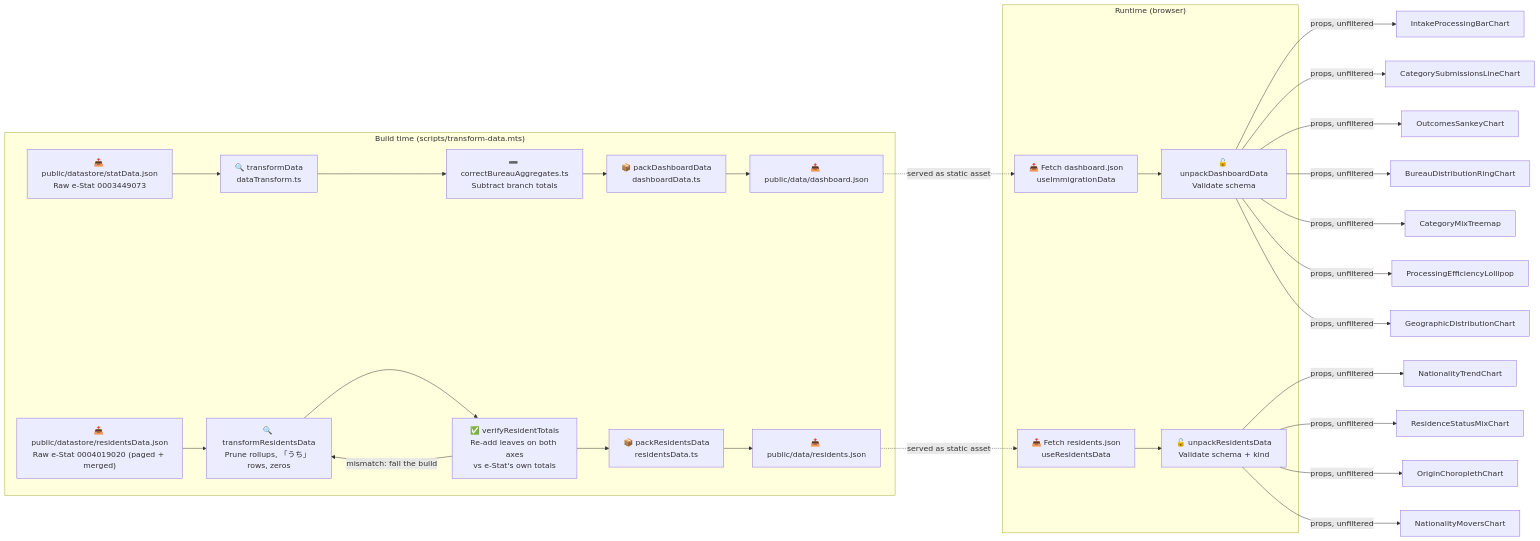
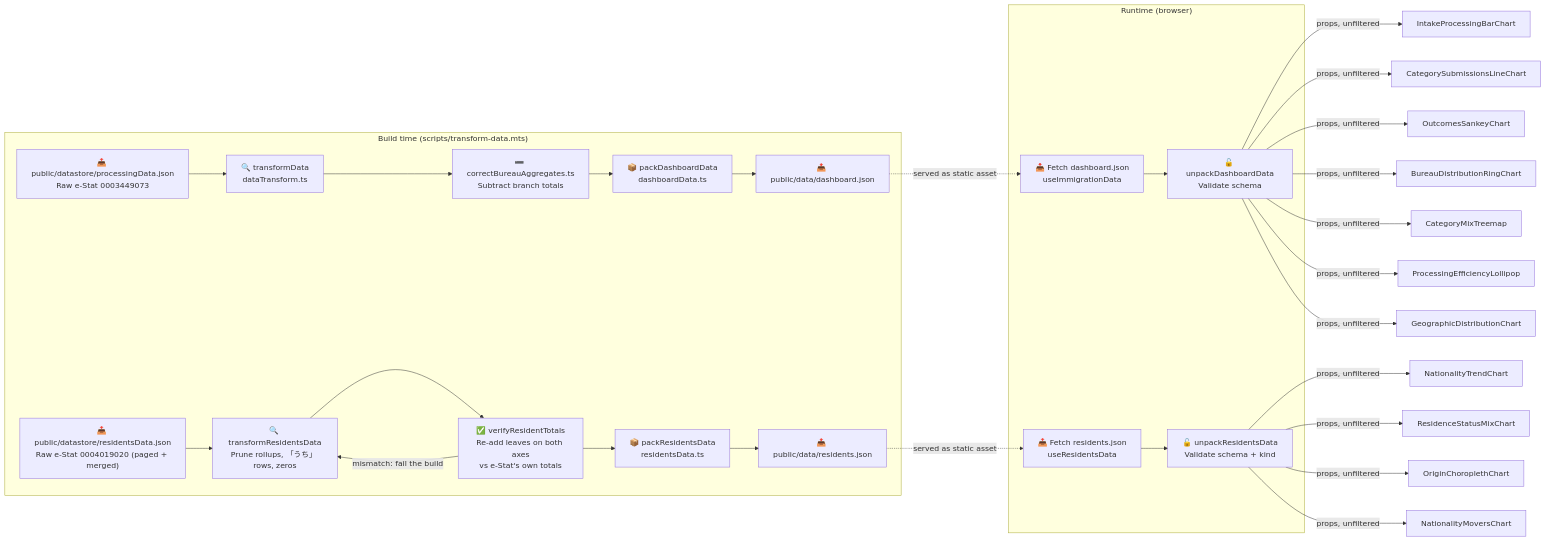
Before and after one commit to RetroHazard/JP_Immigration_Dashboard: the eighth of 16 diagrams in ARCHITECTURE.md, drawn with Mermaid. The commit also changed other lines of this file and 6 other files, not shown here.

````diff
--- a/ARCHITECTURE.md
+++ b/ARCHITECTURE.md
@@ -369,53 +369,53 @@
 ```mermaid
 graph LR
     subgraph "Build time (scripts/transform-data.mts)"
-        RAW["📥 public/datastore/statData.json<br/>Raw e-Stat 0003449073"]
+        RAW["📥 public/datastore/processingData.json<br/>Raw e-Stat 0003449073"]
         FLATTEN["🔍 transformData<br/>dataTransform.ts"]
         CORRECT["➖ correctBureauAggregates.ts<br/>Subtract branch totals"]
         PACK["📦 packDashboardData<br/>dashboardData.ts"]
         OUT["📤 public/data/dashboard.json"]
 
         RAW --> FLATTEN
         FLATTEN --> CORRECT
         CORRECT --> PACK
         PACK --> OUT
 
         RRAW["📥 public/datastore/residentsData.json<br/>Raw e-Stat 0004019020 (paged + merged)"]
         RFLAT["🔍 transformResidentsData<br/>Prune rollups, 「うち」 rows, zeros"]
         RVERIFY["✅ verifyResidentTotals<br/>Re-add leaves on both axes<br/>vs e-Stat's own totals"]
         RPACK["📦 packResidentsData<br/>residentsData.ts"]
         ROUT["📤 public/data/residents.json"]
 
         RRAW --> RFLAT
         RFLAT --> RVERIFY
         RVERIFY -->|mismatch: fail the build| RFLAT
         RVERIFY --> RPACK
         RPACK --> ROUT
     end
 
     subgraph "Runtime (browser)"
         FETCH["📥 Fetch dashboard.json<br/>useImmigrationData"]
         UNPACK["🔓 unpackDashboardData<br/>Validate schema"]
         RFETCH["📥 Fetch residents.json<br/>useResidentsData"]
         RUNPACK["🔓 unpackResidentsData<br/>Validate schema + kind"]
 
         FETCH --> UNPACK
         RFETCH --> RUNPACK
     end
 
     OUT -.->|served as static asset| FETCH
     ROUT -.->|served as static asset| RFETCH
 
     UNPACK -->|props, unfiltered| INTAKE["IntakeProcessingBarChart"]
     UNPACK -->|props, unfiltered| TYPES["CategorySubmissionsLineChart"]
     UNPACK -->|props, unfiltered| OUTCOMES["OutcomesSankeyChart"]
     UNPACK -->|props, unfiltered| SHARE["BureauDistributionRingChart"]
     UNPACK -->|props, unfiltered| MIX["CategoryMixTreemap"]
     UNPACK -->|props, unfiltered| EFFICIENCY["ProcessingEfficiencyLollipop"]
     UNPACK -->|props, unfiltered| MAP["GeographicDistributionChart"]
 
     RUNPACK -->|props, unfiltered| ORIGINS["NationalityTrendChart"]
     RUNPACK -->|props, unfiltered| STATUSES["ResidenceStatusMixChart"]
     RUNPACK -->|props, unfiltered| WORLD["OriginChoroplethChart"]
     RUNPACK -->|props, unfiltered| MOVERS["NationalityMoversChart"]
 ```
````
